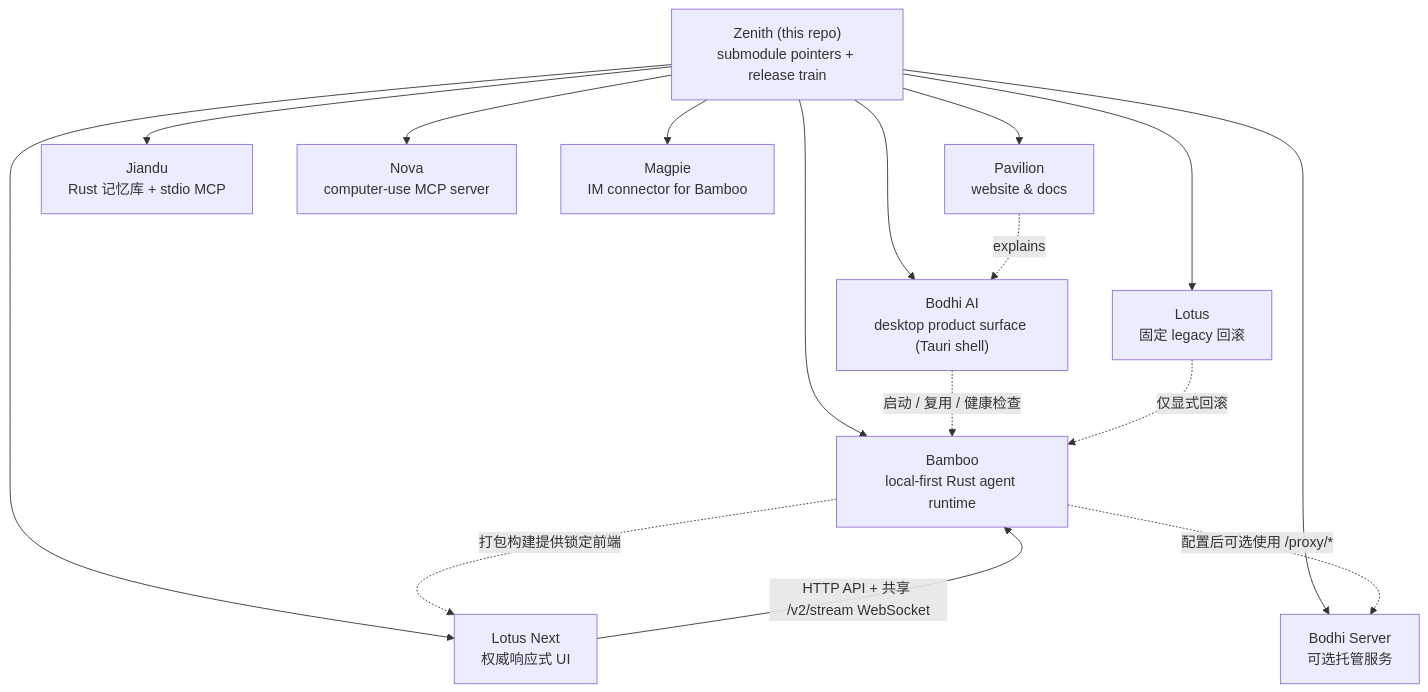
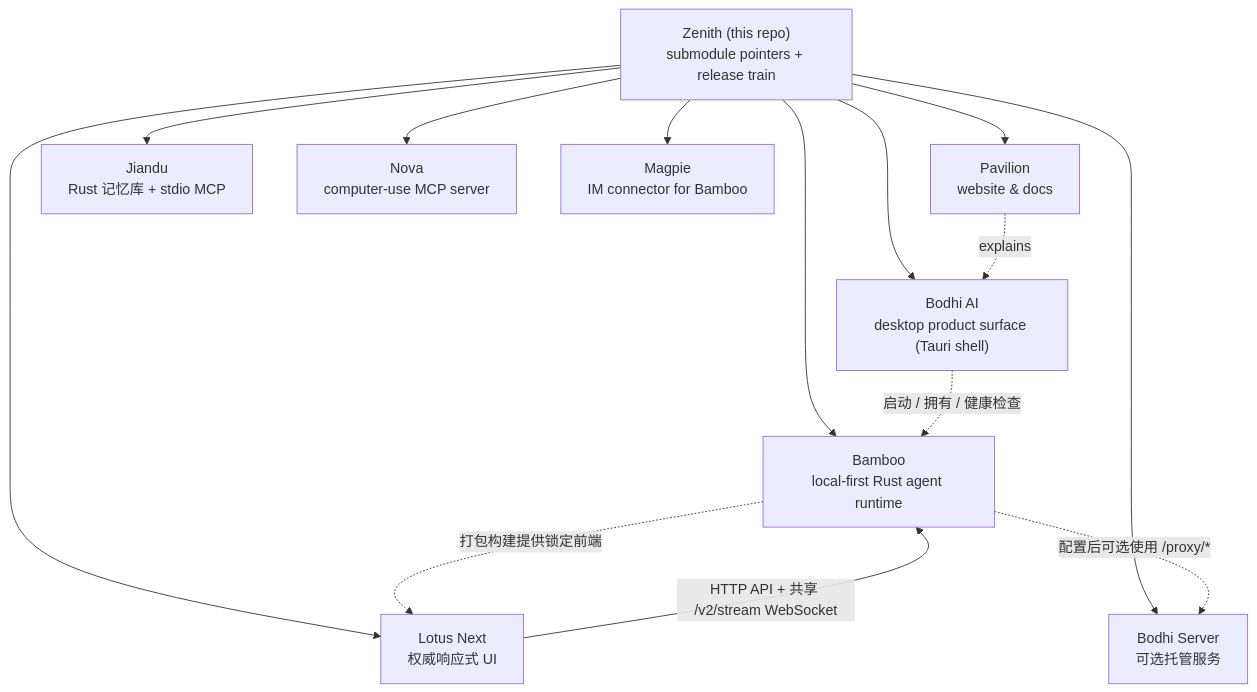
The diagram in README.zh-CN.md (bigduu/Zenith), drawn with Mermaid before and after one commit. The commit also changed other lines of this file and 9 other files, not shown here.

Commit message:
chore: remove legacy Lotus source submodule (#239)

````diff
--- a/README.zh-CN.md
+++ b/README.zh-CN.md
@@ -41,21 +41,19 @@
 ```mermaid
 graph TD
   Z["Zenith (this repo)<br/>submodule pointers + release train"]
 
   Z --> B["Bodhi AI<br/>desktop product surface (Tauri shell)"]
-  Z --> L["Lotus<br/>固定 legacy 回滚"]
   Z --> R["Bamboo<br/>local-first Rust agent runtime"]
   Z --> S["Bodhi Server<br/>可选托管服务"]
   Z --> P["Pavilion<br/>website & docs"]
   Z --> J["Jiandu<br/>Rust 记忆库 + stdio MCP"]
   Z --> N["Nova<br/>computer-use MCP server"]
   Z --> LN["Lotus Next<br/>权威响应式 UI"]
   Z --> M["Magpie<br/>IM connector for Bamboo"]
 
-  B -. 启动 / 复用 / 健康检查 .-> R
+  B -. 启动 / 拥有 / 健康检查 .-> R
   R -. 打包构建提供锁定前端 .-> LN
   LN -->|HTTP API + 共享 /v2/stream WebSocket| R
-  L -. 仅显式回滚 .-> R
   R -. 配置后可选使用 /proxy/* .-> S
   P -. explains .-> B
 ```
````
